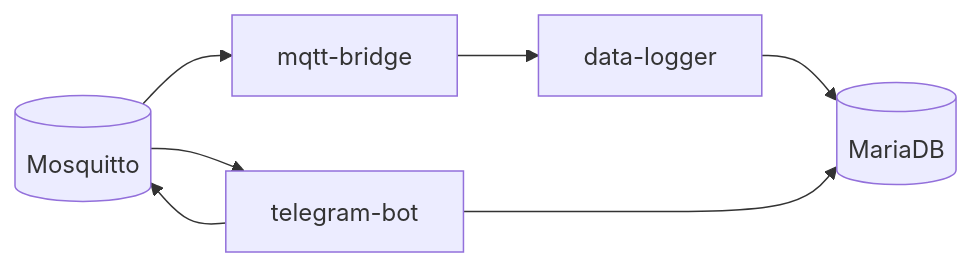
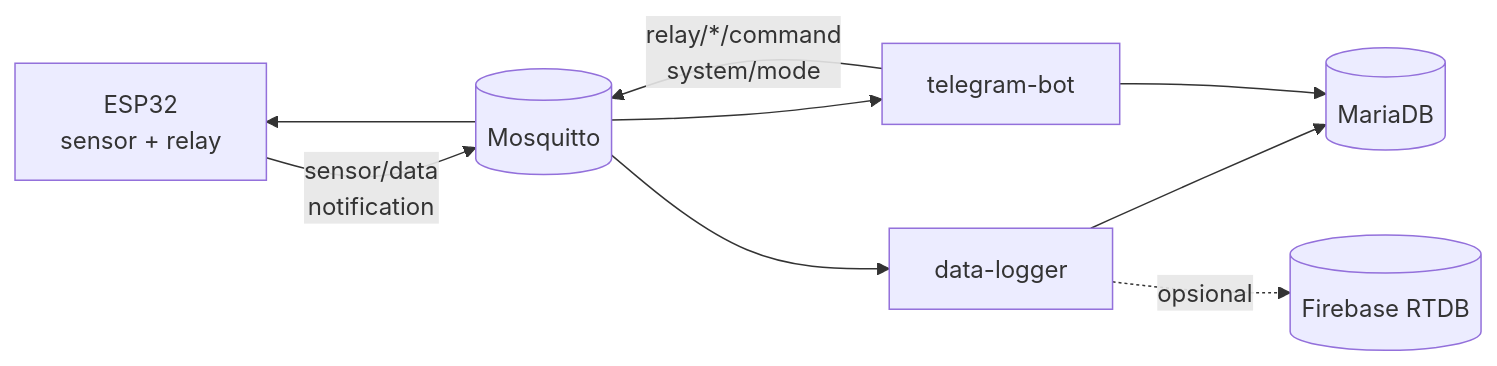
The diagram in services/README.id.md (livinglab-source/Romyadhy), drawn with Mermaid before and after one commit. The commit also changed other lines of this file and 31 other files, not shown here.

First line of the commit message:
docs: add data-logger, remove mqtt-bridge

````diff
--- a/services/README.id.md
+++ b/services/README.id.md
@@ -24,9 +22,11 @@
 ```mermaid
 flowchart LR
-  MQ[("Mosquitto")] --> BR["mqtt-bridge"]
-  BR --> LOG["data-logger"]
+  ESP["ESP32<br/>sensor + relay"] -->|"sensor/data<br/>notification"| MQ[("Mosquitto")]
+  MQ --> LOG["data-logger"]
   LOG --> DB[("MariaDB")]
+  LOG -.->|opsional| FB[("Firebase RTDB")]
   MQ --> BOT["telegram-bot"]
   BOT --> DB
-  BOT --> MQ
+  BOT -->|"relay/*/command<br/>system/mode"| MQ
+  MQ --> ESP
 ```
````
